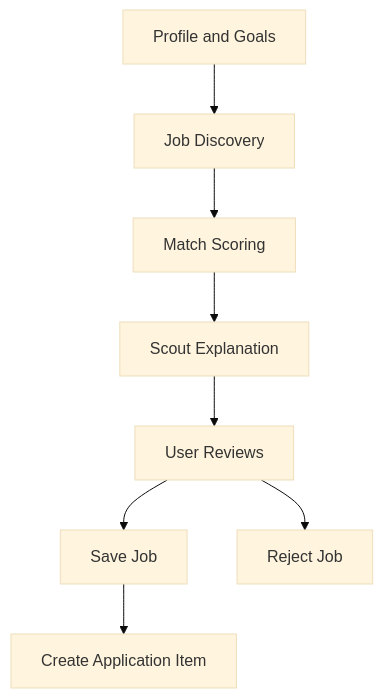
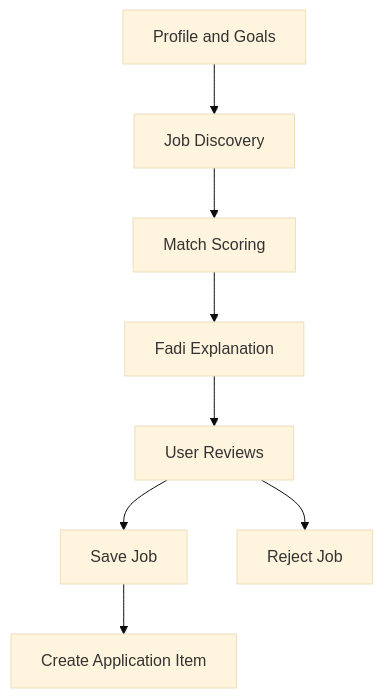
Before and after one commit to Mirzzie/Fadi: the third of 6 diagrams in docs/MVP_USER_JOURNEYS.md, drawn with Mermaid (base theme). The commit also changed other lines of this file and 158 other files, not shown here.

First line of the commit message:
refactor!: rename agent Scout→Fadi and brand CareerOS→FadiOS

````diff
--- a/docs/MVP_USER_JOURNEYS.md
+++ b/docs/MVP_USER_JOURNEYS.md
@@ -81,10 +81,10 @@
 ```mermaid
 flowchart TD
     Profile[Profile and Goals] --> Search[Job Discovery]
     Search --> Match[Match Scoring]
-    Match --> Explain[Scout Explanation]
+    Match --> Explain[Fadi Explanation]
     Explain --> User[User Reviews]
     User --> Save[Save Job]
     User --> Reject[Reject Job]
     Save --> Track[Create Application Item]
 ```
````
